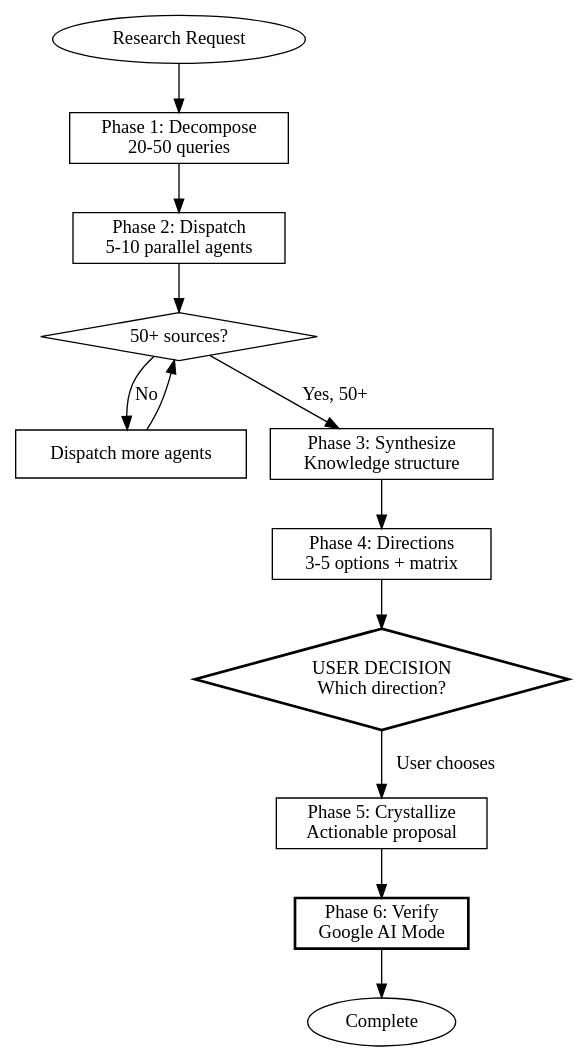
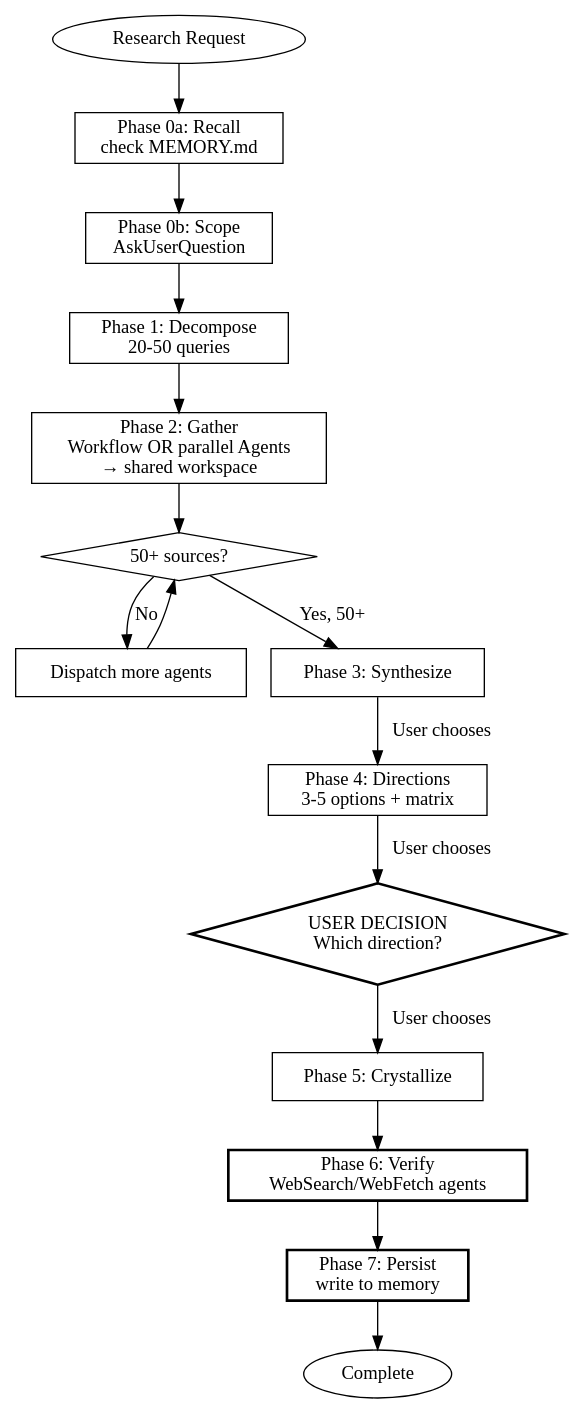
The diagram in SKILL.md (HateBunnyPlzzz/deep-research-discovery-skill), drawn with Graphviz before and after one commit. The commit also changed other lines of this file and 2 other files, not shown here.

````diff
--- a/SKILL.md
+++ b/SKILL.md
@@ -106,30 +142,25 @@
 ```dot
 digraph research_flow {
-    rankdir=TB;
-    node [shape=box];
+    rankdir=TB; node [shape=box];
+    start    [label="Research Request" shape=ellipse];
+    recall   [label="Phase 0a: Recall\ncheck MEMORY.md"];
+    scope    [label="Phase 0b: Scope\nAskUserQuestion"];
+    decompose[label="Phase 1: Decompose\n20-50 queries"];
+    dispatch [label="Phase 2: Gather\nWorkflow OR parallel Agents\n→ shared workspace"];
+    count    [label="50+ sources?" shape=diamond];
+    more     [label="Dispatch more agents"];
+    synth    [label="Phase 3: Synthesize"];
+    dirs     [label="Phase 4: Directions\n3-5 options + matrix"];
+    pick     [label="USER DECISION\nWhich direction?" shape=diamond style=bold];
+    cryst    [label="Phase 5: Crystallize"];
+    verify   [label="Phase 6: Verify\nWebSearch/WebFetch agents" style=bold];
+    persist  [label="Phase 7: Persist\nwrite to memory" style=bold];
+    done     [label="Complete" shape=ellipse];
 
-    start [label="Research Request" shape=ellipse];
-    decompose [label="Phase 1: Decompose\n20-50 queries"];
-    dispatch [label="Phase 2: Dispatch\n5-10 parallel agents"];
-    count_check [label="50+ sources?" shape=diamond];
-    more_agents [label="Dispatch more agents"];
-    synthesize [label="Phase 3: Synthesize\nKnowledge structure"];
-    directions [label="Phase 4: Directions\n3-5 options + matrix"];
-    user_checkpoint [label="USER DECISION\nWhich direction?" shape=diamond style=bold];
-    crystallize [label="Phase 5: Crystallize\nActionable proposal"];
-    verify [label="Phase 6: Verify\nGoogle AI Mode" style=bold];
-    done [label="Complete" shape=ellipse];
-
-    start -> decompose;
-    decompose -> dispatch;
-    dispatch -> count_check;
-    count_check -> more_agents [label="No"];
-    more_agents -> count_check;
-    count_check -> synthesize [label="Yes, 50+"];
-    synthesize -> directions;
-    directions -> user_checkpoint;
-    user_checkpoint -> crystallize [label="User chooses"];
-    crystallize -> verify;
-    verify -> done;
+    start -> recall -> scope -> decompose -> dispatch -> count;
+    count -> more [label="No"]; more -> count;
+    count -> synth [label="Yes, 50+"];
+    synth -> dirs -> pick -> cryst [label="User chooses"];
+    cryst -> verify -> persist -> done;
 }
 ```
````
